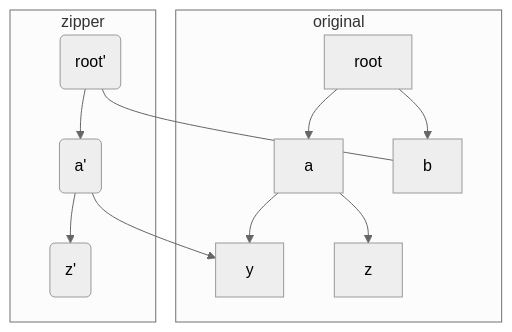
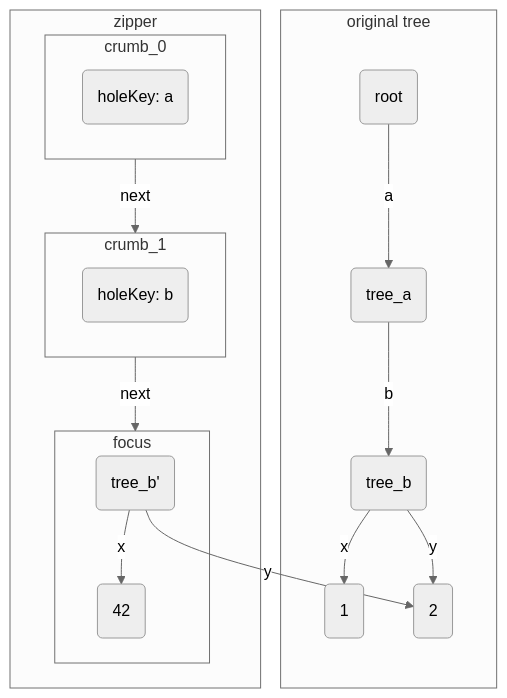
One commit to jzhonx/jzhonx.github.io changed the sixth of 6 diagrams in _posts/2026-03-17-zippers.markdown. Above: the diagram before and after it, drawn with Mermaid (neutral theme). The commit also changed other lines of this file, not shown here.

````diff
--- a/_posts/2026-03-17-zippers.markdown
+++ b/_posts/2026-03-17-zippers.markdown
@@ -266,18 +361,29 @@
 ```mermaid
 flowchart TD
 
-subgraph original
-	root --> a
-	root --> b
-	a --> y
-	a --> z
+subgraph original tree
+  root1("root") -->|a| a
+  a("tree_a") -->|b| b("tree_b")
+  b --> |x| x("1")
+  b --> |y| y("2")
 end
 
 subgraph zipper
-	top("root'") --> a_prime
-	top --- b
-	a_prime("a'") --> y
-	a_prime --> z_prime("z'")
+  subgraph crumb_0
+    crumb_0_key("holeKey: a")
+	end
+
+	subgraph crumb_1
+    crumb_1_key("holeKey: b")
+	end
 	
+  subgraph focus
+    focus_node("tree_b'")
+    focus_node -->|x| x2("42")
+    focus_node -->|y| y
+  end
+
+  crumb_0 -->|next| crumb_1
+  crumb_1 -->|next| focus
 end
 ```
````
